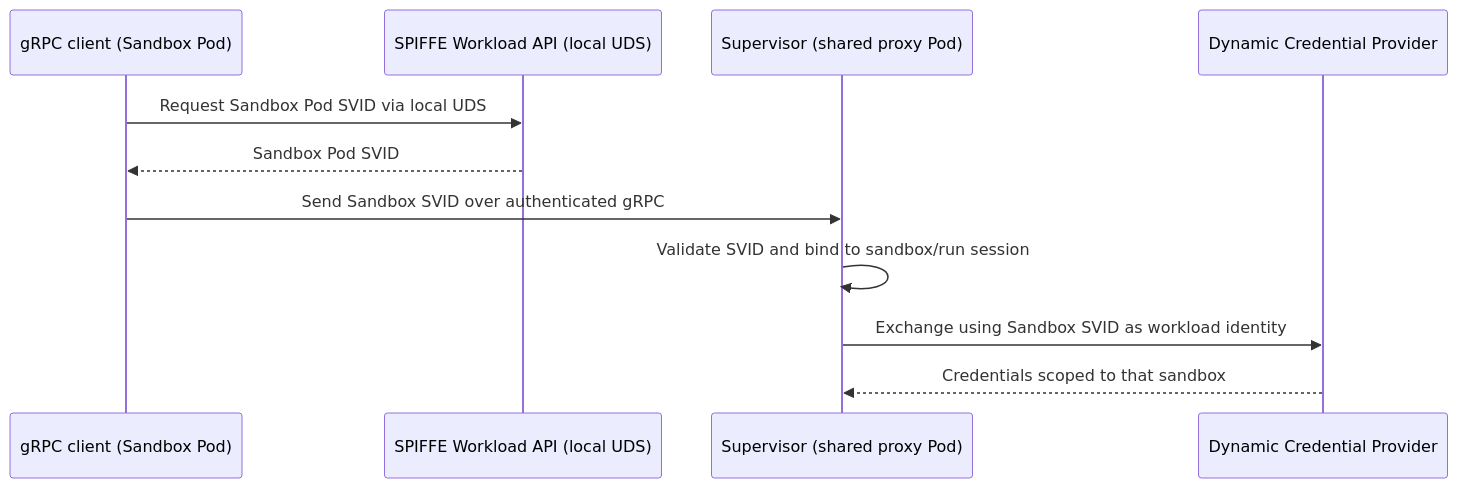
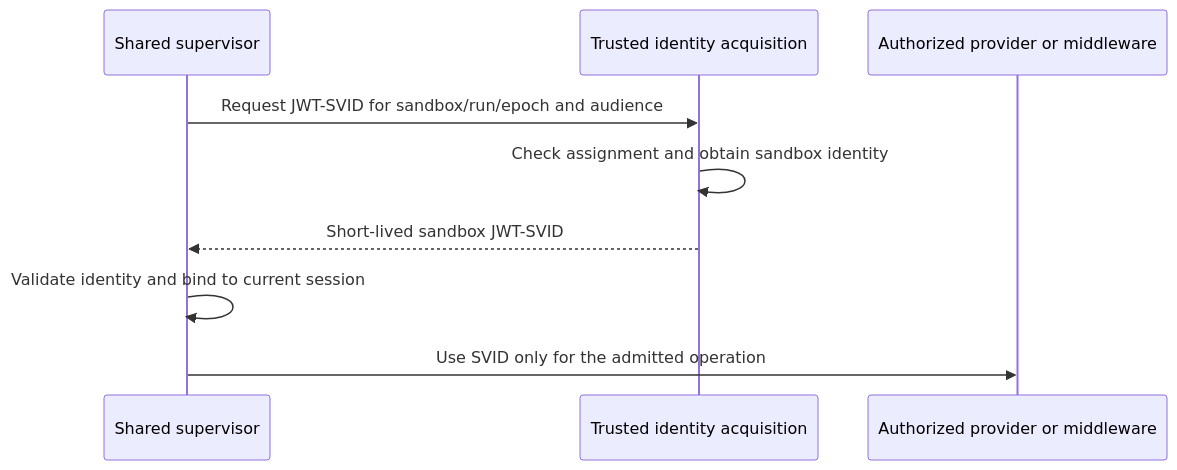
The third of 3 diagrams in rfc/0018-multi-sandbox-ha-supervisors/README.md (FrostGod/OpenShell), drawn with Mermaid before and after one commit. The commit also changed other lines of this file, not shown here.

Commit message:
docs(rfc): clarify workload identity for shared supervisors

````diff
--- a/rfc/0018-multi-sandbox-ha-supervisors/README.md
+++ b/rfc/0018-multi-sandbox-ha-supervisors/README.md
@@ -181,13 +183,11 @@
 ```mermaid
 sequenceDiagram
-    participant Client as gRPC client (Sandbox Pod)
-    participant API as SPIFFE Workload API (local UDS)
-    participant Supervisor as Supervisor (shared proxy Pod)
-    participant Provider as Dynamic Credential Provider
-    Client->>API: Request Sandbox Pod SVID via local UDS
-    API-->>Client: Sandbox Pod SVID
-    Client->>Supervisor: Send Sandbox SVID over authenticated gRPC
-    Supervisor->>Supervisor: Validate SVID and bind to sandbox/run session
-    Supervisor->>Provider: Exchange using Sandbox SVID as workload identity
-    Provider-->>Supervisor: Credentials scoped to that sandbox
+    participant Supervisor as Shared supervisor
+    participant Identity as Trusted identity acquisition
+    participant Handler as Authorized provider or middleware
+    Supervisor->>Identity: Request JWT-SVID for sandbox/run/epoch and audience
+    Identity->>Identity: Check assignment and obtain sandbox identity
+    Identity-->>Supervisor: Short-lived sandbox JWT-SVID
+    Supervisor->>Supervisor: Validate identity and bind to current session
+    Supervisor->>Handler: Use SVID only for the admitted operation
 ```
````
